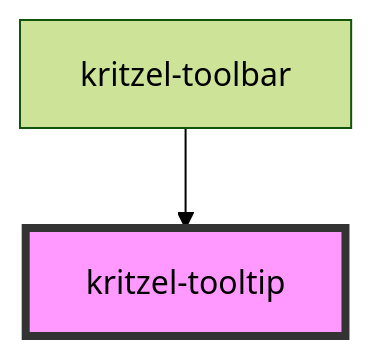
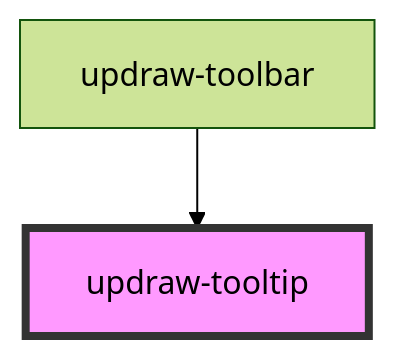
The diagram in libs/editor/core/src/components/updraw-tooltip/readme.md (kasual1/kritzel), drawn with Mermaid (forest theme) before and after one commit. The commit also changed other lines of this file and 1129 other files, not shown here.

First line of the commit message:
Replace kritzel with updraw across the codebase

````diff
--- a/libs/editor/core/src/components/updraw-tooltip/readme.md
+++ b/libs/editor/core/src/components/updraw-tooltip/readme.md
@@ -83,5 +83,5 @@
 ```mermaid
 graph TD;
-  kritzel-toolbar --> kritzel-tooltip
-  style kritzel-tooltip fill:#f9f,stroke:#333,stroke-width:4px
+  updraw-toolbar --> updraw-tooltip
+  style updraw-tooltip fill:#f9f,stroke:#333,stroke-width:4px
 ```
````
